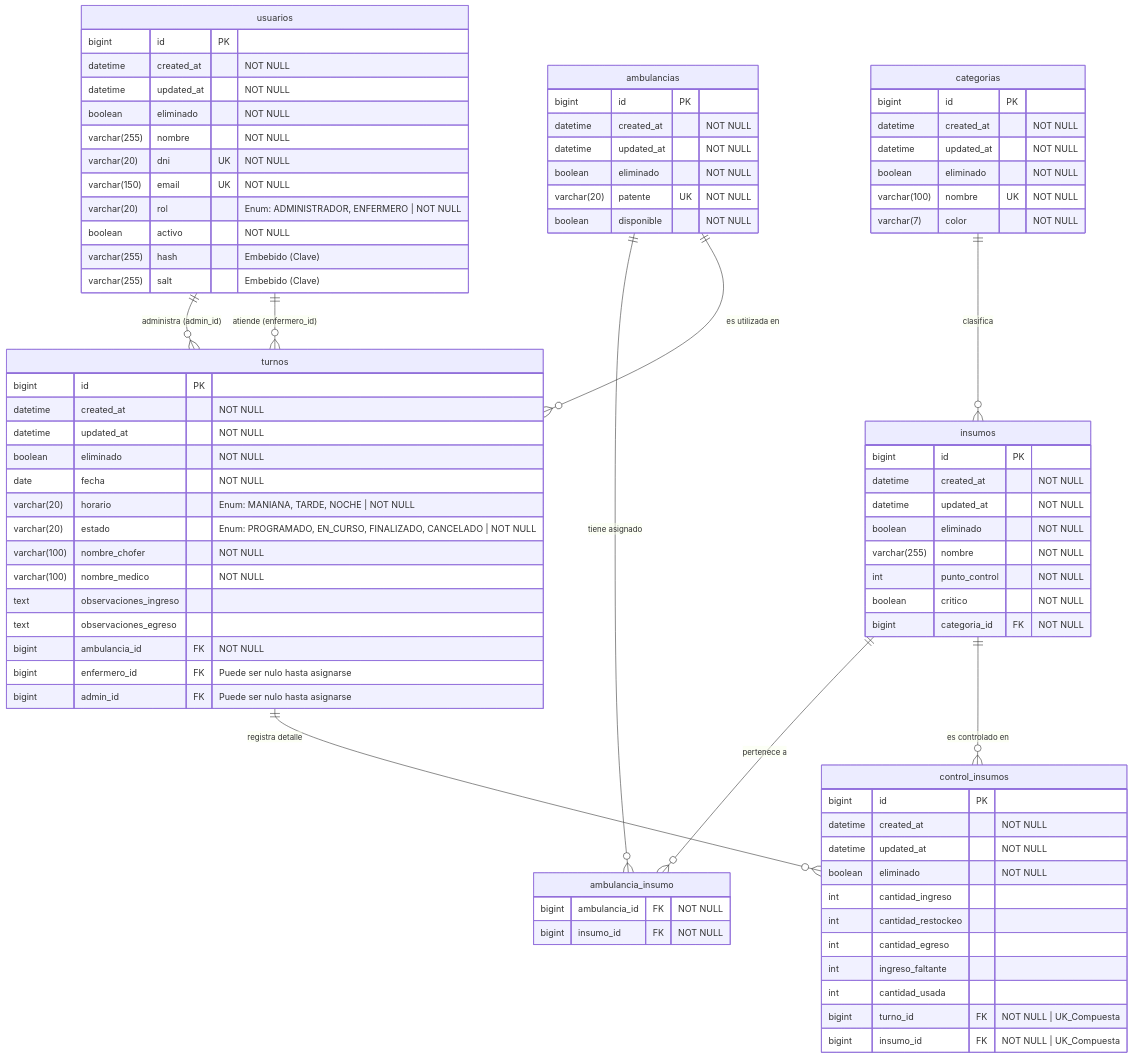
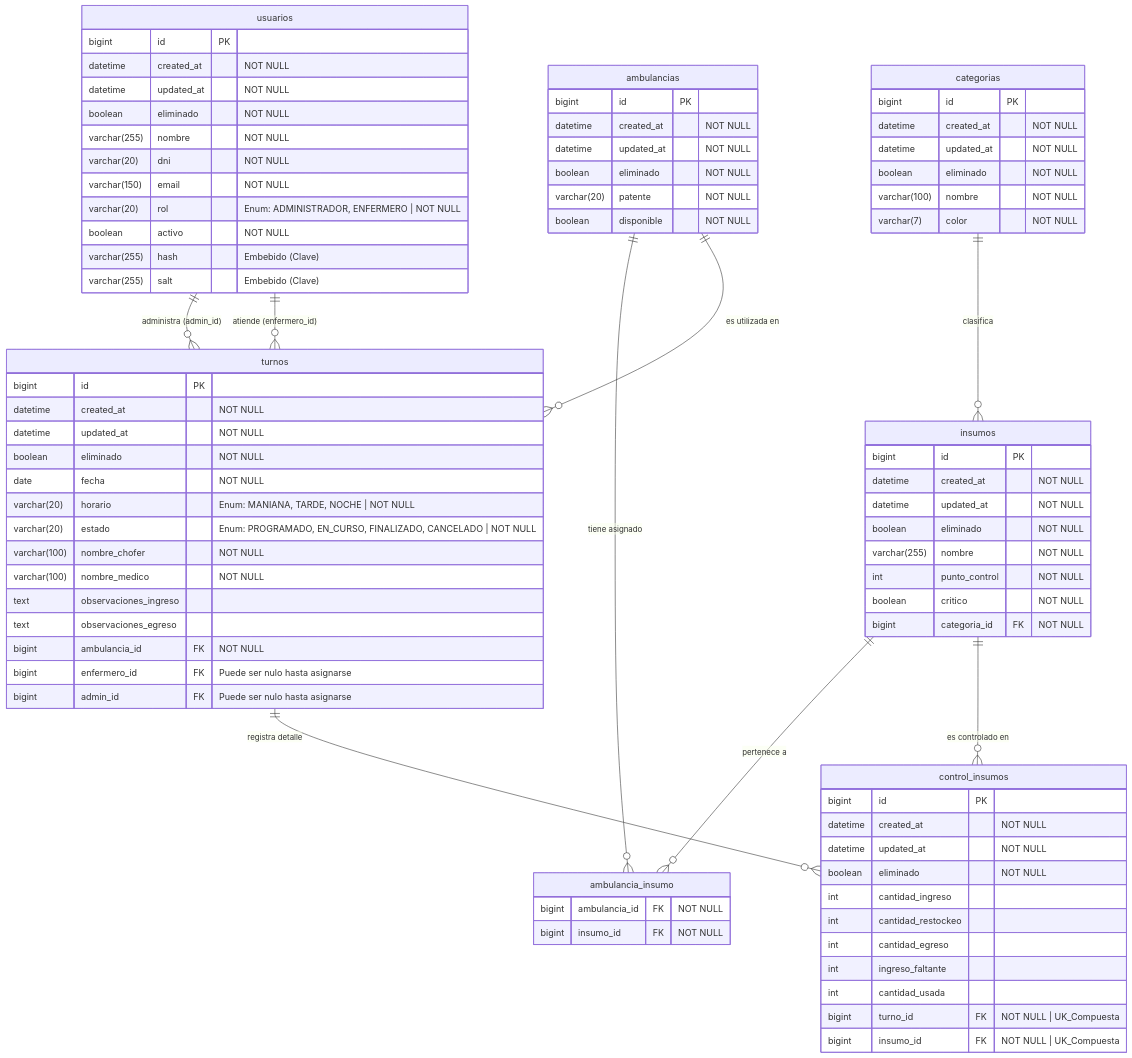
The diagram in docs/DER.md (andresbonelli/UTN-TUPaD-TFI), drawn with Mermaid before and after one commit. The commit also changed 3 other files, not shown here.

```diff
--- a/docs/DER.md
+++ b/docs/DER.md
@@ -8,8 +8,8 @@
         datetime updated_at "NOT NULL"
         boolean eliminado "NOT NULL"
         varchar(255) nombre "NOT NULL"
-        varchar(20) dni UK "NOT NULL"
-        varchar(150) email UK "NOT NULL"
+        varchar(20) dni "NOT NULL"
+        varchar(150) email "NOT NULL"
         varchar(20) rol "Enum: ADMINISTRADOR, ENFERMERO | NOT NULL"
         boolean activo "NOT NULL"
         varchar(255) hash "Embebido (Clave)"
@@ -21,7 +21,7 @@
         datetime created_at "NOT NULL"
         datetime updated_at "NOT NULL"
         boolean eliminado "NOT NULL"
-        varchar(20) patente UK "NOT NULL"
+        varchar(20) patente "NOT NULL"
         boolean disponible "NOT NULL"
     }
 
@@ -30,7 +30,7 @@
         datetime created_at "NOT NULL"
         datetime updated_at "NOT NULL"
         boolean eliminado "NOT NULL"
-        varchar(100) nombre UK "NOT NULL"
+        varchar(100) nombre "NOT NULL"
         varchar(7) color "NOT NULL"
     }
 
```
